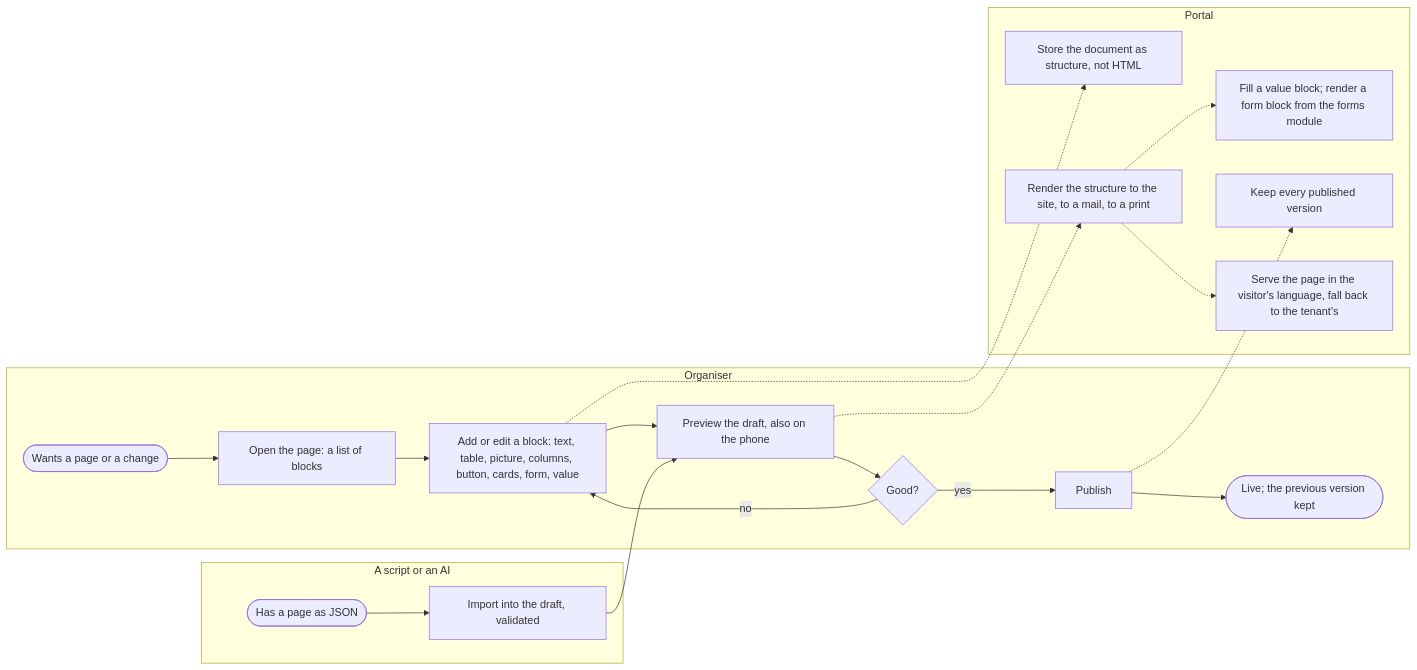
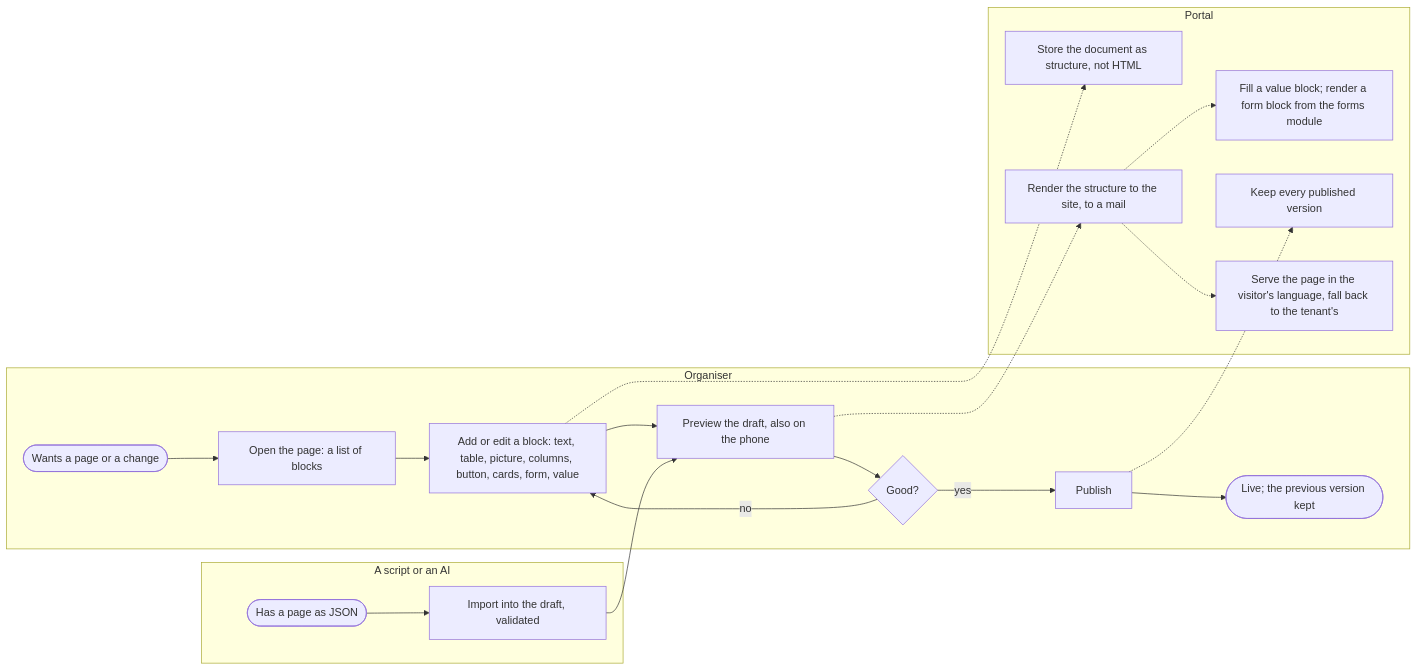
Before and after one commit to KoenRenders/KoenTest: the second of 5 diagrams in docs/change_request_17_web_content.md, drawn with Mermaid. The commit also changed other lines of this file, not shown here.

````diff
--- a/docs/change_request_17_web_content.md
+++ b/docs/change_request_17_web_content.md
@@ -49,28 +49,28 @@
 ```mermaid
 flowchart LR
   subgraph O[Organiser]
     o1([Wants a page or a change]) --> o2[Open the page: a list of blocks]
     o2 --> o3[Add or edit a block: text, table, picture, columns, button, cards, form, value]
     o3 --> o4[Preview the draft, also on the phone]
     o4 --> o5{Good?}
     o5 -- no --> o3
     o5 -- yes --> o6[Publish]
     o6 --> o7([Live; the previous version kept])
   end
   subgraph S[A script or an AI]
     s1([Has a page as JSON]) --> s2[Import into the draft, validated]
     s2 --> o4
   end
   subgraph P[Portal]
     p1[Store the document as structure, not HTML]
-    p2[Render the structure to the site, to a mail, to a print]
+    p2[Render the structure to the site, to a mail]
     p3[Fill a value block; render a form block from the forms module]
     p4[Keep every published version]
     p5[Serve the page in the visitor's language, fall back to the tenant's]
   end
   o3 -.-> p1
   o4 -.-> p2
   o6 -.-> p4
   p2 -.-> p3
   p2 -.-> p5
 ```
````
